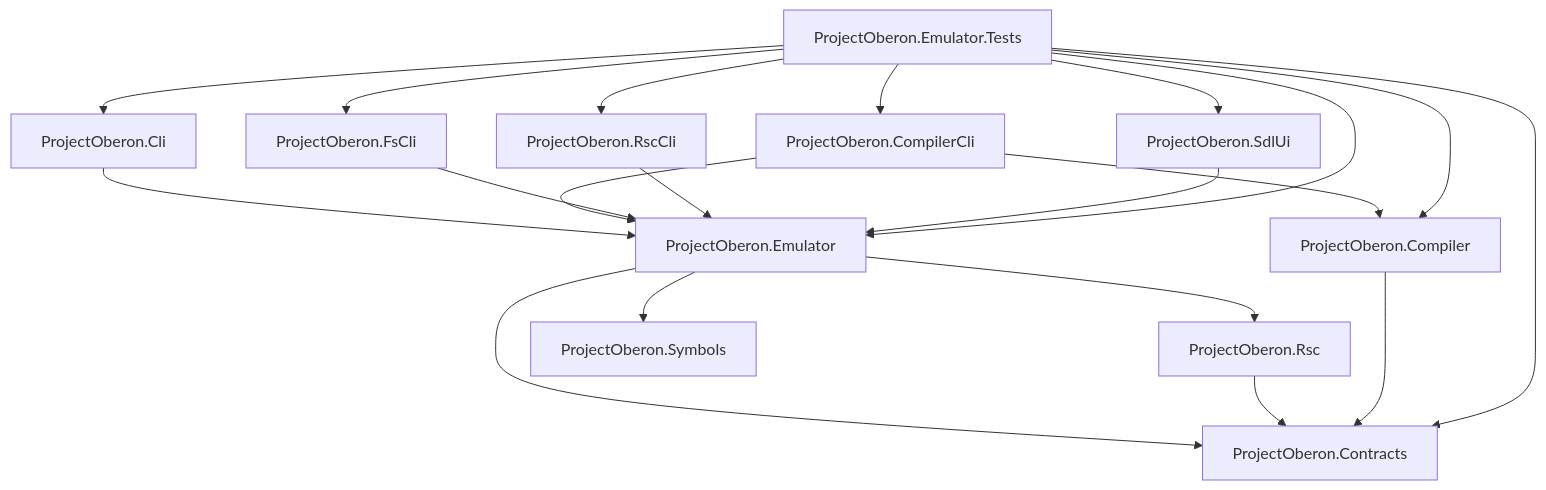
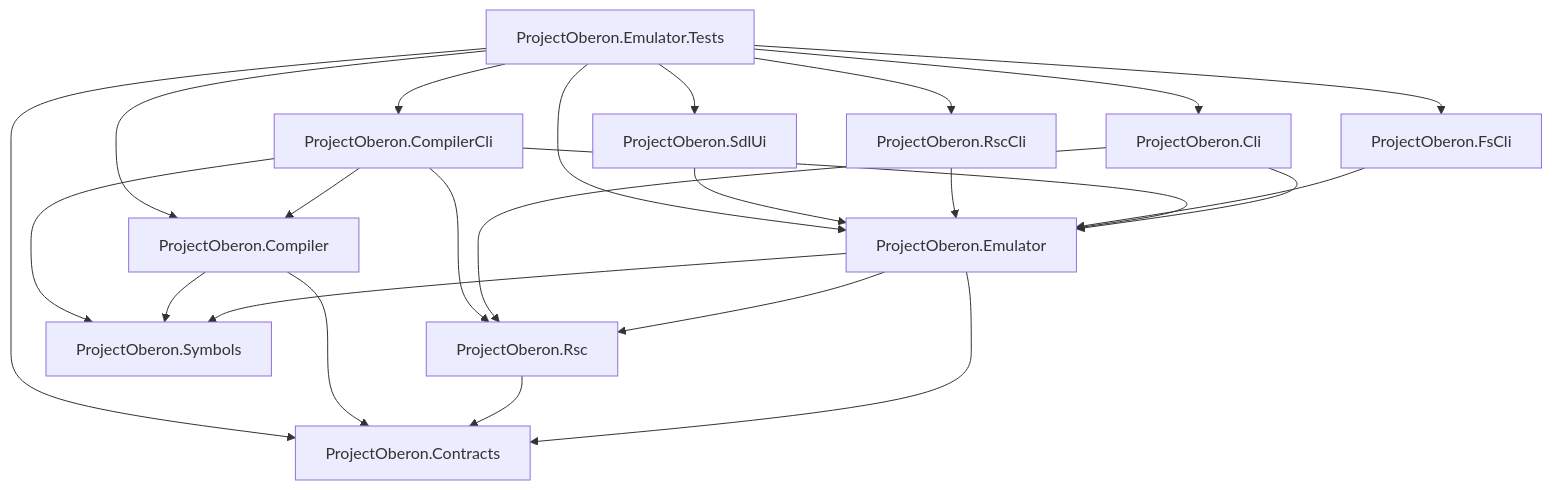
Before and after one commit to berkankarakus/ProjectOberon.NET: the diagram in docs/architecture.md, drawn with Mermaid.

Commit message:
docs: align dependency graph

````diff
--- a/docs/architecture.md
+++ b/docs/architecture.md
@@ -7,34 +7,38 @@
 ```mermaid
 flowchart TD
     Contracts[ProjectOberon.Contracts]
     RscLib[ProjectOberon.Rsc]
     Symbols[ProjectOberon.Symbols]
     Core[ProjectOberon.Emulator]
     CompilerLib[ProjectOberon.Compiler]
     Cli[ProjectOberon.Cli]
     Compiler[ProjectOberon.CompilerCli]
     Fs[ProjectOberon.FsCli]
     Rsc[ProjectOberon.RscCli]
     Sdl[ProjectOberon.SdlUi]
     Tests[ProjectOberon.Emulator.Tests]
 
     Core --> Contracts
     RscLib --> Contracts
     Core --> RscLib
     Core --> Symbols
     CompilerLib --> Contracts
+    CompilerLib --> Symbols
     Cli --> Core
+    Cli --> RscLib
     Compiler --> Core
     Compiler --> CompilerLib
+    Compiler --> RscLib
+    Compiler --> Symbols
     Fs --> Core
     Rsc --> Core
     Sdl --> Core
     Tests --> Contracts
     Tests --> Core
     Tests --> CompilerLib
     Tests --> Cli
     Tests --> Compiler
     Tests --> Fs
     Tests --> Rsc
     Tests --> Sdl
 ```
````
